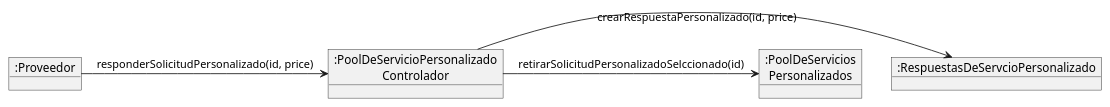
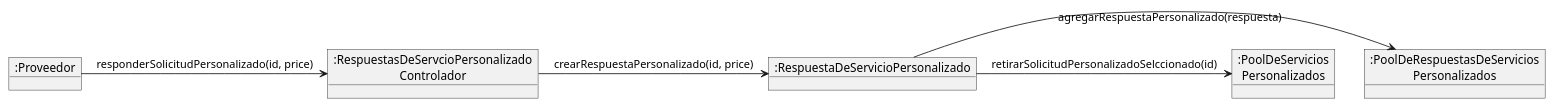
One commit to UPSA-Projects/docs-condominio changed the diagram in docs/src/usecases/CU17/CD.17.wsd. Above: the diagram before and after it, drawn with PlantUML. The commit also changed 6 other files, not shown here.

Commit message:
arrglando diagrama de colaboracion y secuencia de CU17

```diff
--- a/docs/src/usecases/CU17/CD.17.wsd
+++ b/docs/src/usecases/CU17/CD.17.wsd
@@ -1,19 +1,18 @@
 @startuml
 
 object ":Proveedor" as Proveedor
-object ":PoolDeServicioPersonalizado\nControlador" as Controlador
-object ":RespuestasDeServcioPersonalizado" as Respuesta
-object ":PoolDeServicios\nPersonalizados" as Pool
+object ":RespuestasDeServcioPersonalizado\nControlador" as Controlador
+object ":RespuestaDeServicioPersonalizado" as Respuesta
+object ":PoolDeRespuestasDeServicios\nPersonalizados" as PoolRespuesta
+object ":PoolDeServicios\nPersonalizados" as PoolServicio
 
 
 Proveedor -> Controlador : responderSolicitudPersonalizado(id, price)
 
 Controlador -> Respuesta : crearRespuestaPersonalizado(id, price)
 
-Controlador -> Pool : retirarSolicitudPersonalizadoSelccionado(id)
+Respuesta -> PoolRespuesta : agregarRespuestaPersonalizado(respuesta)
 
-
-
-
+Respuesta -> PoolServicio : retirarSolicitudPersonalizadoSelccionado(id)
 
 @enduml
```
